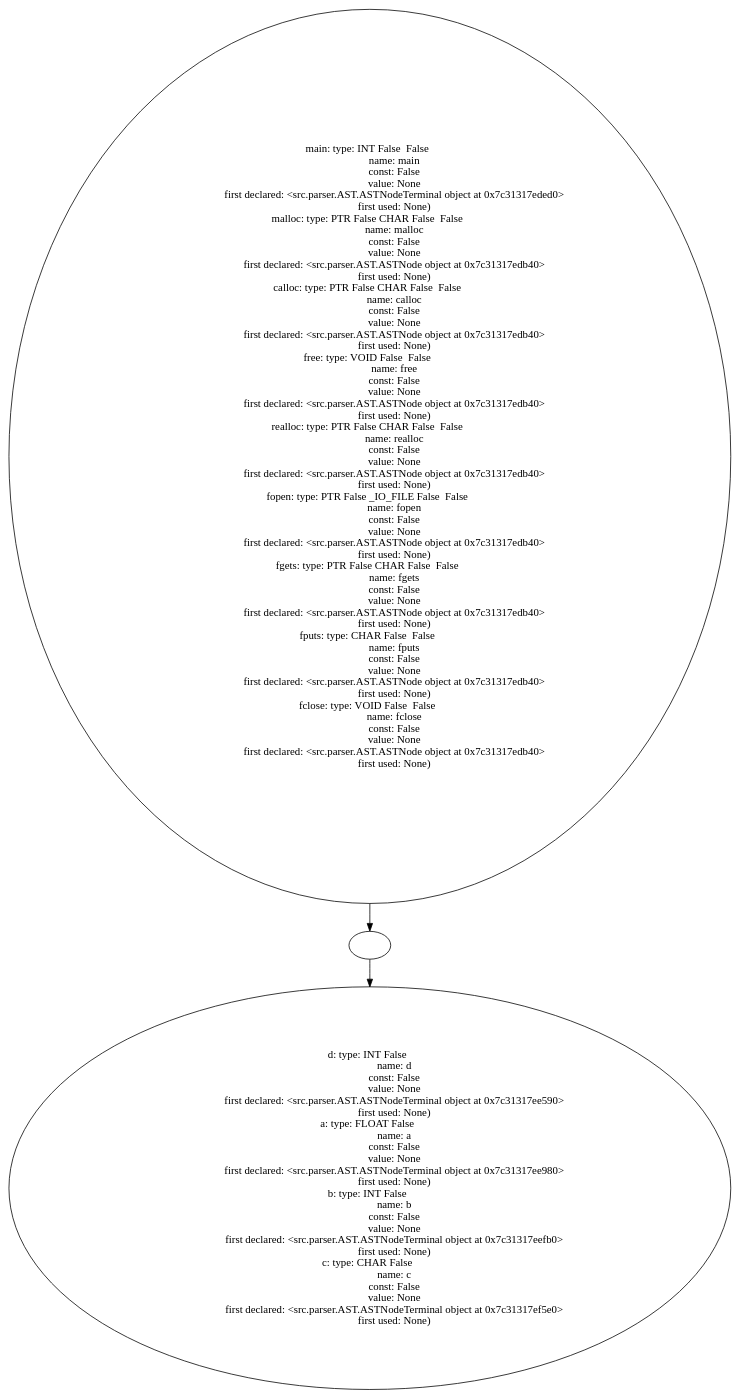
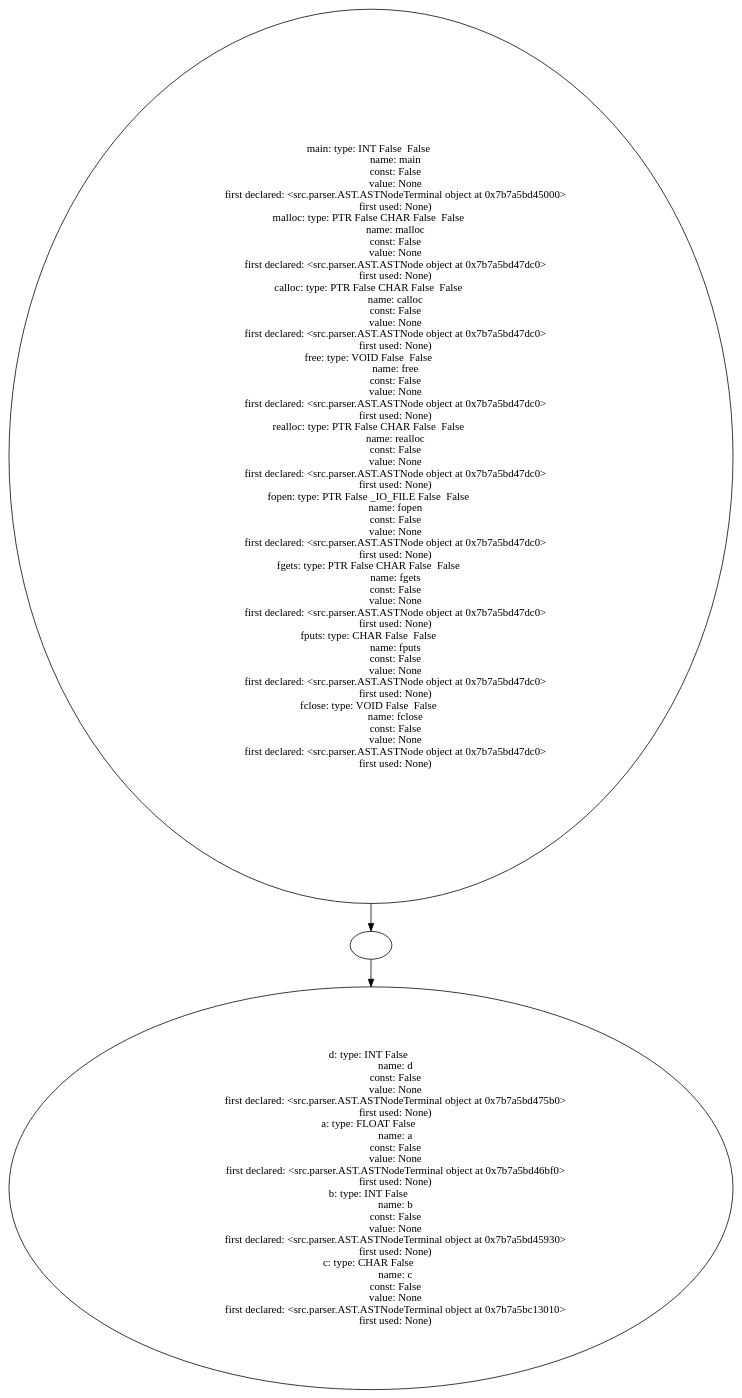
One commit to Are-you-listening/Compilers changed the diagram in example_source_files/10_variables/10_variables_table.dot. Above: the diagram before and after it, drawn with Graphviz. The commit also changed 324 other files, not shown here.

```diff
--- a/example_source_files/10_variables/10_variables_table.dot
+++ b/example_source_files/10_variables/10_variables_table.dot
@@ -1,83 +1,83 @@
 digraph AST {
-  "136550725647664" [label="main: type: INT False  False  
+  "135765456871888" [label="main: type: INT False  False  
                    name: main
                    const: False
                    value: None
-                   first declared: <src.parser.AST.ASTNodeTerminal object at 0x7c31317eded0>
+                   first declared: <src.parser.AST.ASTNodeTerminal object at 0x7b7a5bd45000>
                    first used: None)
 malloc: type: PTR False CHAR False  False  
                    name: malloc
                    const: False
                    value: None
-                   first declared: <src.parser.AST.ASTNode object at 0x7c31317edb40>
+                   first declared: <src.parser.AST.ASTNode object at 0x7b7a5bd47dc0>
                    first used: None)
 calloc: type: PTR False CHAR False  False  
                    name: calloc
                    const: False
                    value: None
-                   first declared: <src.parser.AST.ASTNode object at 0x7c31317edb40>
+                   first declared: <src.parser.AST.ASTNode object at 0x7b7a5bd47dc0>
                    first used: None)
 free: type: VOID False  False  
                    name: free
                    const: False
                    value: None
-                   first declared: <src.parser.AST.ASTNode object at 0x7c31317edb40>
+                   first declared: <src.parser.AST.ASTNode object at 0x7b7a5bd47dc0>
                    first used: None)
 realloc: type: PTR False CHAR False  False  
                    name: realloc
                    const: False
                    value: None
-                   first declared: <src.parser.AST.ASTNode object at 0x7c31317edb40>
+                   first declared: <src.parser.AST.ASTNode object at 0x7b7a5bd47dc0>
                    first used: None)
 fopen: type: PTR False _IO_FILE False  False  
                    name: fopen
                    const: False
                    value: None
-                   first declared: <src.parser.AST.ASTNode object at 0x7c31317edb40>
+                   first declared: <src.parser.AST.ASTNode object at 0x7b7a5bd47dc0>
                    first used: None)
 fgets: type: PTR False CHAR False  False  
                    name: fgets
                    const: False
                    value: None
-                   first declared: <src.parser.AST.ASTNode object at 0x7c31317edb40>
+                   first declared: <src.parser.AST.ASTNode object at 0x7b7a5bd47dc0>
                    first used: None)
 fputs: type: CHAR False  False  
                    name: fputs
                    const: False
                    value: None
-                   first declared: <src.parser.AST.ASTNode object at 0x7c31317edb40>
+                   first declared: <src.parser.AST.ASTNode object at 0x7b7a5bd47dc0>
                    first used: None)
 fclose: type: VOID False  False  
                    name: fclose
                    const: False
                    value: None
-                   first declared: <src.parser.AST.ASTNode object at 0x7c31317edb40>
+                   first declared: <src.parser.AST.ASTNode object at 0x7b7a5bd47dc0>
                    first used: None)"];
-  "136550725647664" -> "136550725647616";
-  "136550725647616" [label=""];
-  "136550725647616" -> "136550725646944";
-  "136550725646944" [label="d: type: INT False  
+  "135765456871888" -> "135765456874336";
+  "135765456874336" [label=""];
+  "135765456874336" -> "135765456873616";
+  "135765456873616" [label="d: type: INT False  
                    name: d
                    const: False
                    value: None
-                   first declared: <src.parser.AST.ASTNodeTerminal object at 0x7c31317ee590>
+                   first declared: <src.parser.AST.ASTNodeTerminal object at 0x7b7a5bd475b0>
                    first used: None)
 a: type: FLOAT False  
                    name: a
                    const: False
                    value: None
-                   first declared: <src.parser.AST.ASTNodeTerminal object at 0x7c31317ee980>
+                   first declared: <src.parser.AST.ASTNodeTerminal object at 0x7b7a5bd46bf0>
                    first used: None)
 b: type: INT False  
                    name: b
                    const: False
                    value: None
-                   first declared: <src.parser.AST.ASTNodeTerminal object at 0x7c31317eefb0>
+                   first declared: <src.parser.AST.ASTNodeTerminal object at 0x7b7a5bd45930>
                    first used: None)
 c: type: CHAR False  
                    name: c
                    const: False
                    value: None
-                   first declared: <src.parser.AST.ASTNodeTerminal object at 0x7c31317ef5e0>
+                   first declared: <src.parser.AST.ASTNodeTerminal object at 0x7b7a5bc13010>
                    first used: None)"];
 }
```
